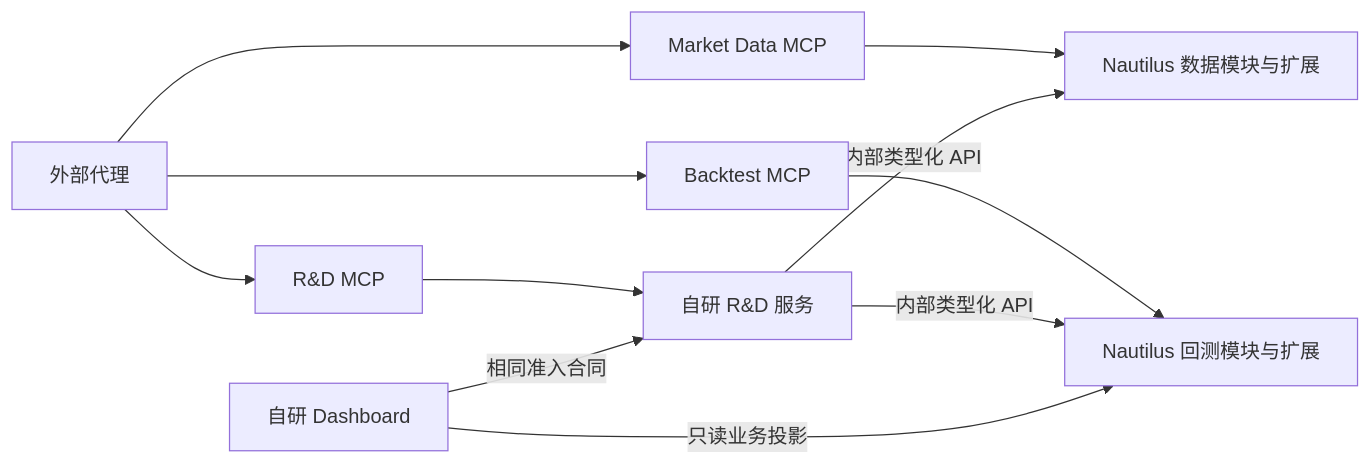
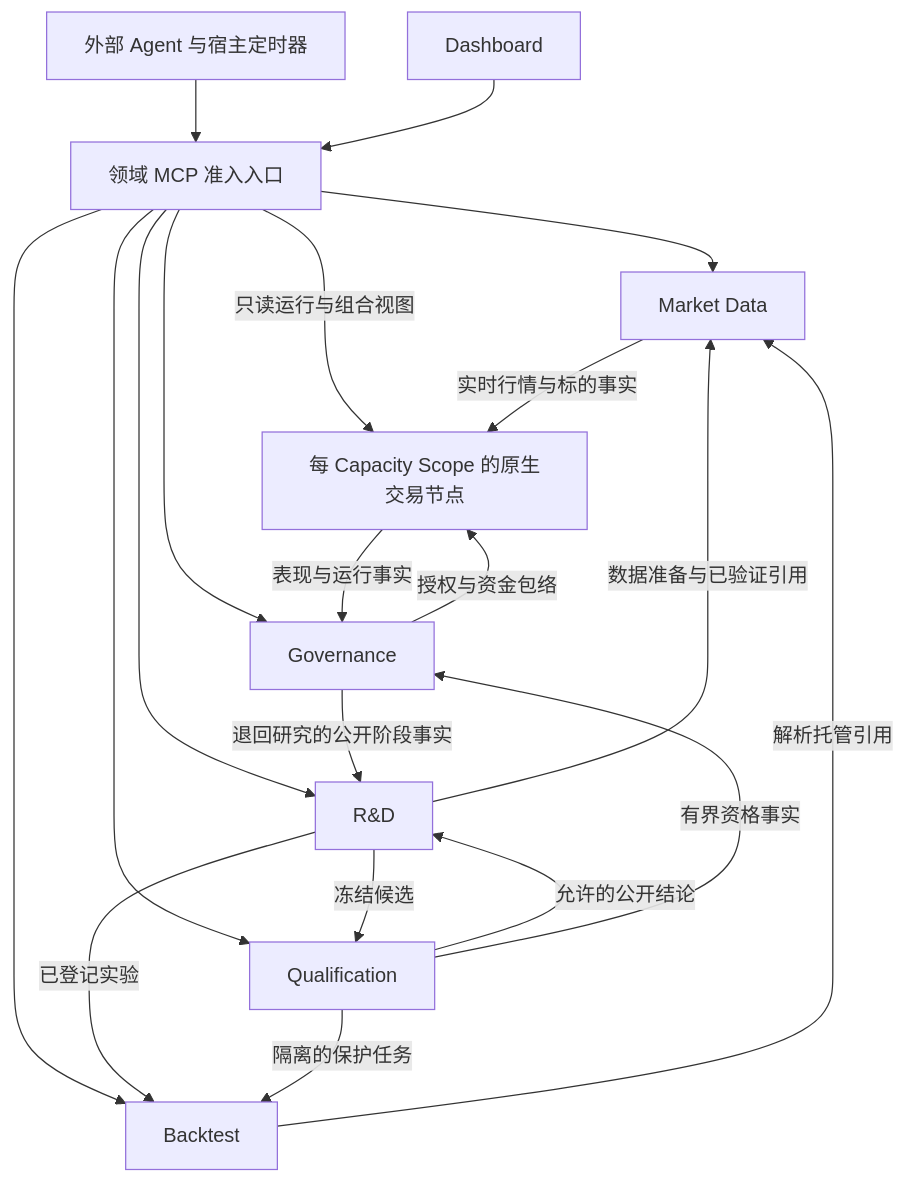
The diagram in docs/architecture/index.zh.md (qOeOp/trade), drawn with Mermaid before and after one commit. The commit also changed other lines of this file and 24 other files, not shown here.

Commit message:
docs(architecture): unify services and replay research stories

````diff
--- a/docs/architecture/index.zh.md
+++ b/docs/architecture/index.zh.md
@@ -9,13 +15,22 @@
 ```mermaid
-flowchart LR
-    Agent[外部代理] --> MD[Market Data MCP]
-    Agent --> BT[Backtest MCP]
-    Agent --> RD[R&D MCP]
-    MD --> Data[Nautilus 数据模块与扩展]
-    BT --> Backtest[Nautilus 回测模块与扩展]
-    RD --> Research[自研 R&D 服务]
-    Research -->|内部类型化 API| Data
-    Research -->|内部类型化 API| Backtest
-    Dashboard[自研 Dashboard] -->|相同准入合同| Research
-    Dashboard -->|只读业务投影| Backtest
+flowchart TB
+    Agent[外部 Agent 与宿主定时器] --> Edge[领域 MCP 准入入口]
+    UI[Dashboard] --> Edge
+    Edge --> MD[Market Data]
+    Edge --> BT[Backtest]
+    Edge --> RD[R&D]
+    Edge --> Q[Qualification]
+    Edge --> G[Governance]
+    Edge -->|只读运行与组合视图| N[每 Capacity Scope 的原生交易节点]
+    RD -->|数据准备与已验证引用| MD
+    RD -->|已登记实验| BT
+    Q -->|隔离的保护任务| BT
+    BT -->|解析托管引用| MD
+    RD -->|冻结候选| Q
+    Q -->|允许的公开结论| RD
+    Q -->|有界资格事实| G
+    N -->|表现与运行事实| G
+    MD -->|实时行情与标的事实| N
+    G -->|授权与资金包络| N
+    G -->|退回研究的公开阶段事实| RD
 ```
````
